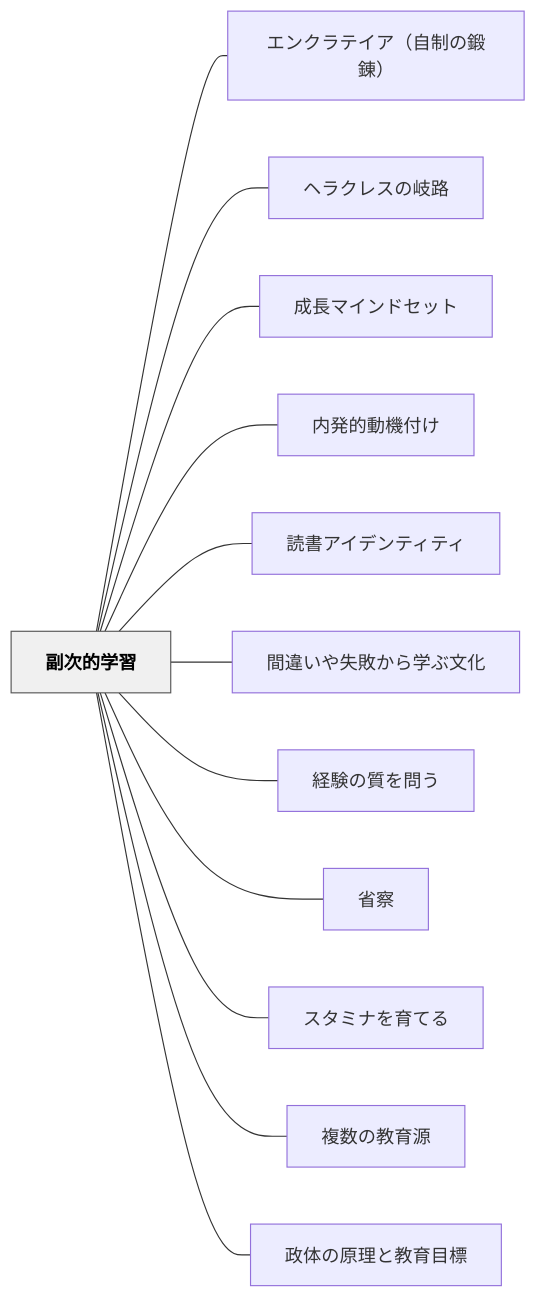
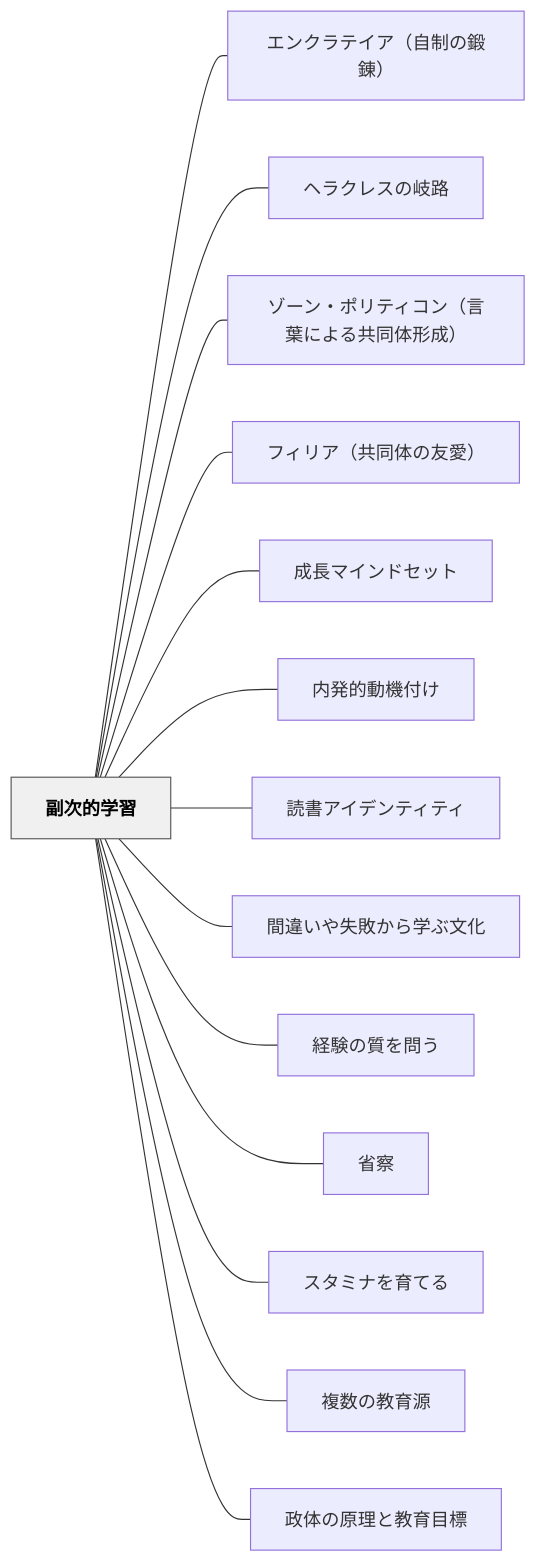
Before and after one commit to unknownthings-ed-patterns/unknownthings-ed-patterns: the diagram in content/パタン/副次的学習.md, drawn with Mermaid. The commit also changed other lines of this file and 19 other files, not shown here.

````diff
--- a/content/パタン/副次的学習.md
+++ b/content/パタン/副次的学習.md
@@ -111,30 +127,34 @@
 ```mermaid
 flowchart LR
     ne589afe6aca1e79a84e5ada6e7bf92["副次的学習"]
     ne382a8e383b3e382afe383a9e38386e382a4e382a2efbc88e887aae588b6e381aee98d9be98cacefbc89["エンクラテイア（自制の鍛錬）"]
     ne38398e383a9e382afe383ace382b9e381aee5b290e8b7af["ヘラクレスの岐路"]
+    ne382bee383bce383b3e383bbe3839de383aae38386e382a3e382b3e383b3efbc88e8a880e89189e381abe38288e3828be585b1e5908ce4bd93e5bda2e68890efbc89["ゾーン・ポリティコン（言葉による共同体形成）"]
+    ne38395e382a3e383aae382a2efbc88e585b1e5908ce4bd93e381aee58f8be6849befbc89["フィリア（共同体の友愛）"]
     ne68890e995b7e3839ee382a4e383b3e38389e382bbe38383e38388["成長マインドセット"]
     ne58685e799bae79a84e58b95e6a99fe4bb98e38191["内発的動機付け"]
     ne8aaade69bb8e382a2e382a4e38387e383b3e38386e382a3e38386e382a3["読書アイデンティティ"]
     ne99693e98195e38184e38284e5a4b1e69597e3818be38289e5ada6e381b6e69687e58c96["間違いや失敗から学ぶ文化"]
     ne7b58ce9a893e381aee8b3aae38292e5958fe38186["経験の質を問う"]
     ne79c81e5af9f["省察"]
     ne382b9e382bfe3839fe3838ae38292e882b2e381a6e3828b["スタミナを育てる"]
     ne8a487e695b0e381aee69599e882b2e6ba90["複数の教育源"]
     ne694bfe4bd93e381aee58e9fe79086e381a8e69599e882b2e79baee6a899["政体の原理と教育目標"]
 
     ne589afe6aca1e79a84e5ada6e7bf92 --- ne382a8e383b3e382afe383a9e38386e382a4e382a2efbc88e887aae588b6e381aee98d9be98cacefbc89
     ne589afe6aca1e79a84e5ada6e7bf92 --- ne38398e383a9e382afe383ace382b9e381aee5b290e8b7af
+    ne589afe6aca1e79a84e5ada6e7bf92 --- ne382bee383bce383b3e383bbe3839de383aae38386e382a3e382b3e383b3efbc88e8a880e89189e381abe38288e3828be585b1e5908ce4bd93e5bda2e68890efbc89
+    ne589afe6aca1e79a84e5ada6e7bf92 --- ne38395e382a3e383aae382a2efbc88e585b1e5908ce4bd93e381aee58f8be6849befbc89
     ne589afe6aca1e79a84e5ada6e7bf92 --- ne68890e995b7e3839ee382a4e383b3e38389e382bbe38383e38388
     ne589afe6aca1e79a84e5ada6e7bf92 --- ne58685e799bae79a84e58b95e6a99fe4bb98e38191
     ne589afe6aca1e79a84e5ada6e7bf92 --- ne8aaade69bb8e382a2e382a4e38387e383b3e38386e382a3e38386e382a3
     ne589afe6aca1e79a84e5ada6e7bf92 --- ne99693e98195e38184e38284e5a4b1e69597e3818be38289e5ada6e381b6e69687e58c96
     ne589afe6aca1e79a84e5ada6e7bf92 --- ne7b58ce9a893e381aee8b3aae38292e5958fe38186
     ne589afe6aca1e79a84e5ada6e7bf92 --- ne79c81e5af9f
     ne589afe6aca1e79a84e5ada6e7bf92 --- ne382b9e382bfe3839fe3838ae38292e882b2e381a6e3828b
     ne589afe6aca1e79a84e5ada6e7bf92 --- ne8a487e695b0e381aee69599e882b2e6ba90
     ne589afe6aca1e79a84e5ada6e7bf92 --- ne694bfe4bd93e381aee58e9fe79086e381a8e69599e882b2e79baee6a899
 
     classDef hub fill:#f0f0f0,stroke:#555,color:#000,font-weight:bold
     class ne589afe6aca1e79a84e5ada6e7bf92 hub
 ```
````
